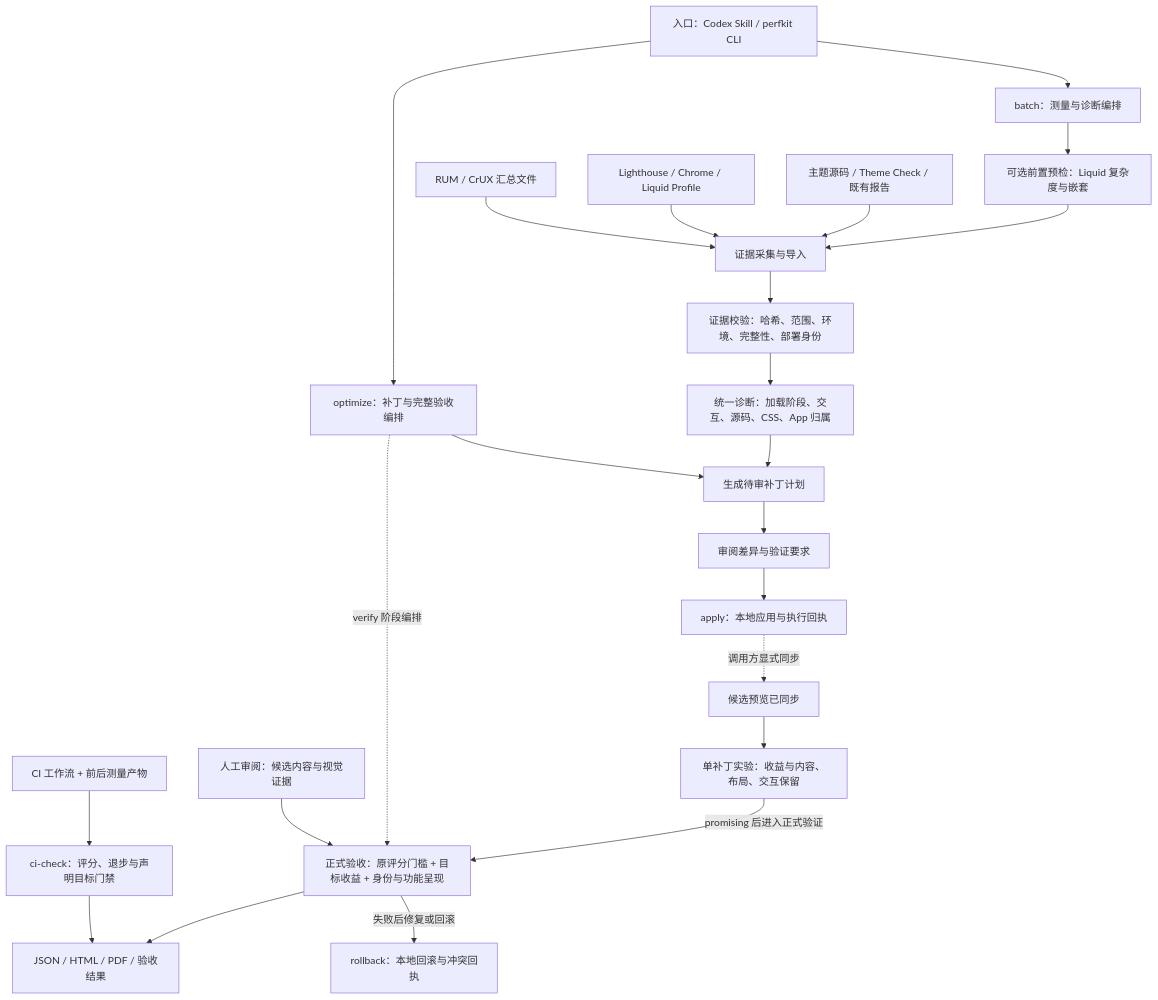
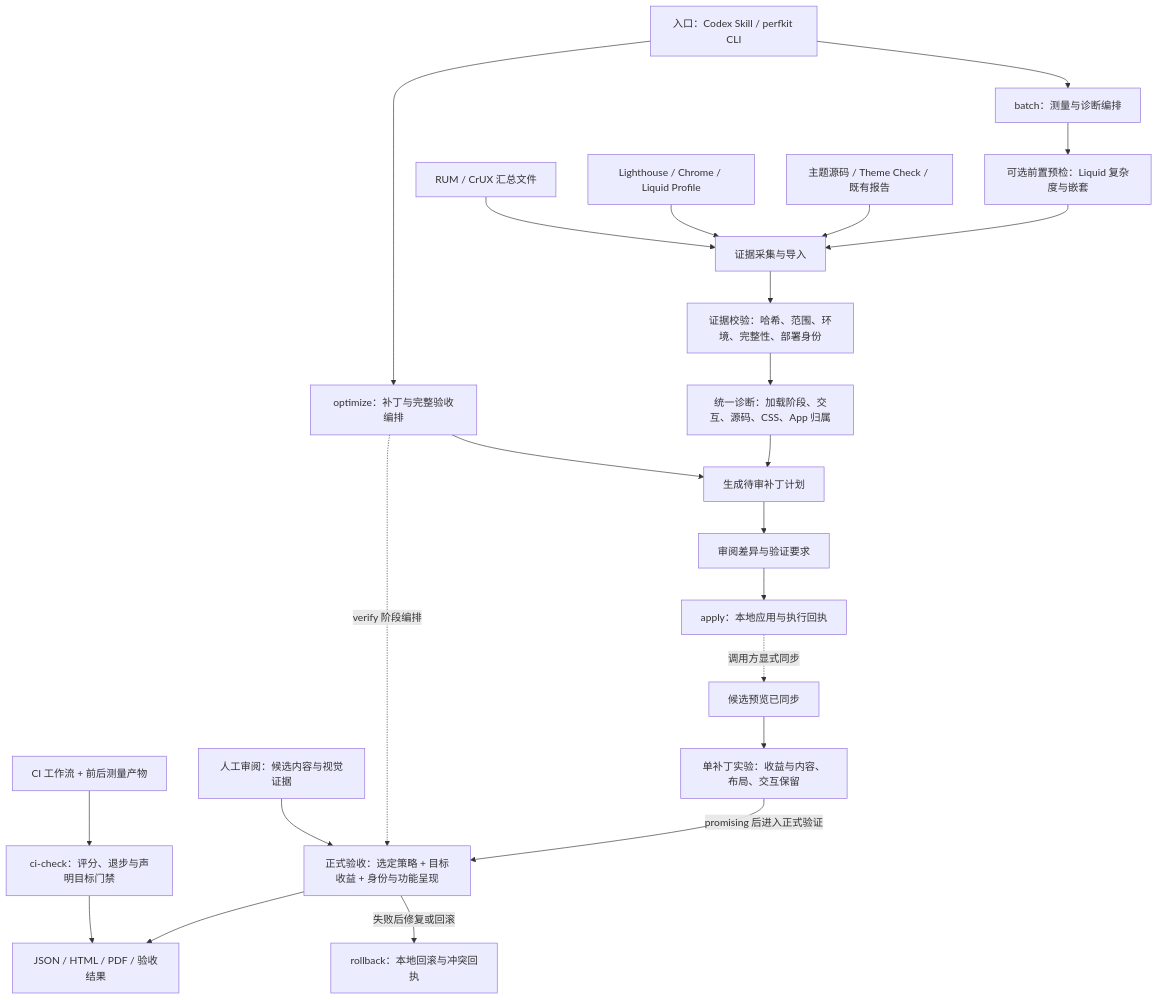
One commit to XYByongbo/shopify-perf-toolkit changed the diagram in README.md. Above: the diagram before and after it, drawn with Mermaid. The commit also changed other lines of this file and 31 other files, not shown here.

````diff
--- a/README.md
+++ b/README.md
@@ -56,26 +56,26 @@
 ```mermaid
 flowchart TB
   entry["入口：Codex Skill / perfkit CLI"]
   entry --> batch["batch：测量与诊断编排"]
   entry --> optimize["optimize：补丁与完整验收编排"]
   batch --> precheck["可选前置预检：Liquid 复杂度与嵌套"]
   precheck --> collect["证据采集与导入"]
   source["主题源码 / Theme Check / 既有报告"] --> collect
   browser["Lighthouse / Chrome / Liquid Profile"] --> collect
   field["RUM / CrUX 汇总文件"] --> collect
   collect --> contract["证据校验：哈希、范围、环境、完整性、部署身份"]
   contract --> decision["统一诊断：加载阶段、交互、源码、CSS、App 归属"]
   decision --> plan["生成待审补丁计划"]
   optimize --> plan
   plan --> review["审阅差异与验证要求"]
   review --> apply["apply：本地应用与执行回执"]
   apply -.->|"调用方显式同步"| sync["候选预览已同步"]
   sync --> experiment["单补丁实验：收益与内容、布局、交互保留"]
-  experiment -->|"promising 后进入正式验证"| acceptance["正式验收：原评分门槛 + 目标收益 + 身份与功能呈现"]
+  experiment -->|"promising 后进入正式验证"| acceptance["正式验收：选定策略 + 目标收益 + 身份与功能呈现"]
   optimize -.->|"verify 阶段编排"| acceptance
   visual["人工审阅：候选内容与视觉证据"] --> acceptance
   acceptance --> result["JSON / HTML / PDF / 验收结果"]
   acceptance -->|"失败后修复或回滚"| rollback["rollback：本地回滚与冲突回执"]
   ci["CI 工作流 + 前后测量产物"] --> ciGate["ci-check：评分、退步与声明目标门禁"]
   ciGate --> result
 ```
````
